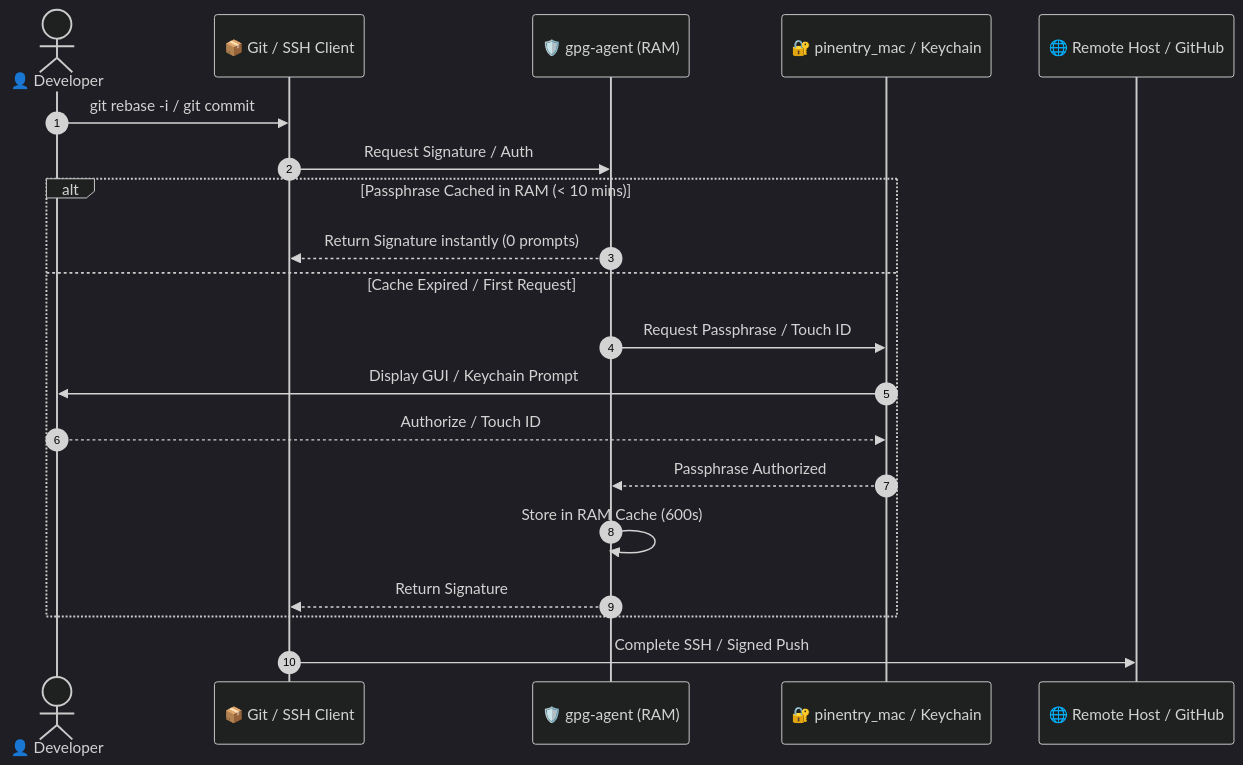
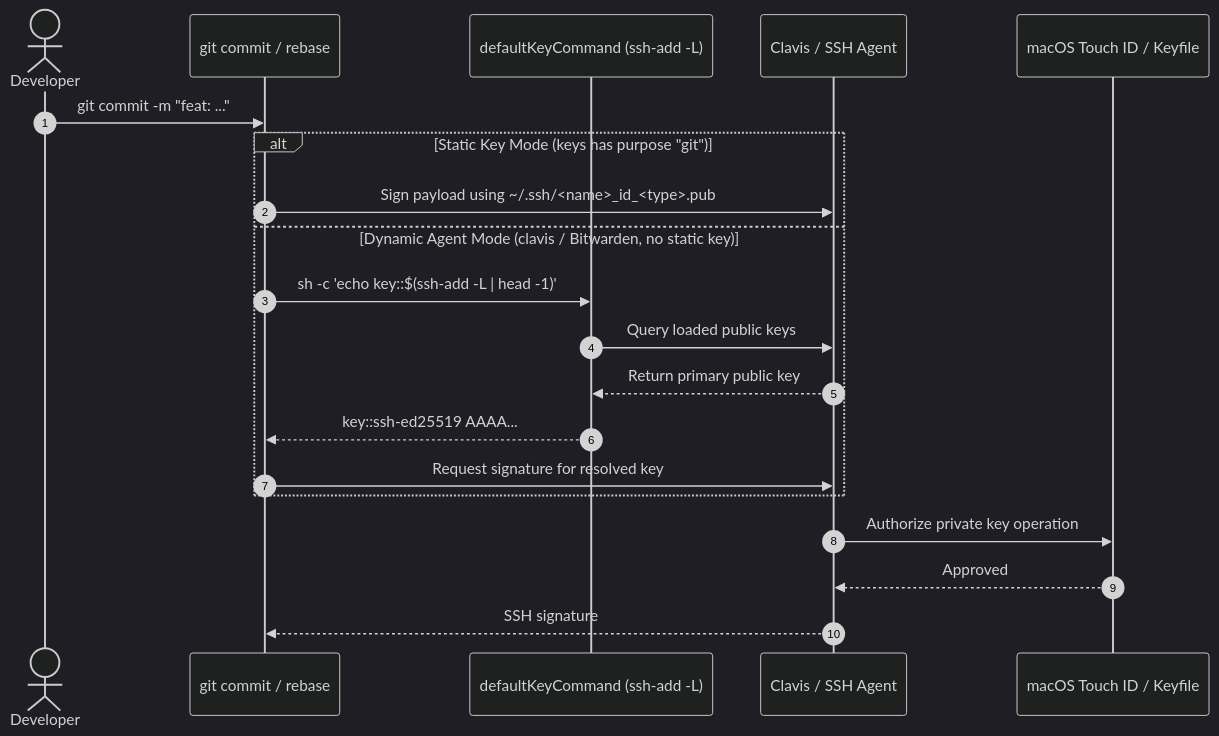
One commit to GDR/dot changed the second of 3 diagrams in docs/security-architecture.md. Above: the diagram before and after it, drawn with Mermaid (dark theme). The commit also changed other lines of this file and 1 other file, not shown here.

First line of the commit message:
docs(security): rewrite architecture and runbook for clavis, charon-key, and SSH signing

````diff
--- a/docs/security-architecture.md
+++ b/docs/security-architecture.md
@@ -71,23 +90,23 @@
 ```mermaid
 sequenceDiagram
     autonumber
-    actor User as 👤 Developer
-    participant Git as 📦 Git / SSH Client
-    participant Agent as 🛡️ gpg-agent (RAM)
-    participant Pinentry as 🔐 pinentry_mac / Keychain
-    participant Remote as 🌐 Remote Host / GitHub
+    actor Dev as Developer
+    participant Git as git commit / rebase
+    participant KeyCmd as defaultKeyCommand (ssh-add -L)
+    participant Agent as Clavis / SSH Agent
+    participant TouchID as macOS Touch ID / Keyfile
 
-    User->>Git: git rebase -i / git commit
-    Git->>Agent: Request Signature / Auth
-    alt Passphrase Cached in RAM (< 10 mins)
-        Agent-->>Git: Return Signature instantly (0 prompts)
-    else Cache Expired / First Request
-        Agent->>Pinentry: Request Passphrase / Touch ID
-        Pinentry->>User: Display GUI / Keychain Prompt
-        User-->>Pinentry: Authorize / Touch ID
-        Pinentry-->>Agent: Passphrase Authorized
-        Agent->>Agent: Store in RAM Cache (600s)
-        Agent-->>Git: Return Signature
+    Dev->>Git: git commit -m "feat: ..."
+    alt Static Key Mode (keys has purpose "git")
+        Git->>Agent: Sign payload using ~/.ssh/<name>_id_<type>.pub
+    else Dynamic Agent Mode (clavis / Bitwarden, no static key)
+        Git->>KeyCmd: sh -c 'echo key::$(ssh-add -L | head -1)'
+        KeyCmd->>Agent: Query loaded public keys
+        Agent-->>KeyCmd: Return primary public key
+        KeyCmd-->>Git: key::ssh-ed25519 AAAA...
+        Git->>Agent: Request signature for resolved key
     end
-    Git->>Remote: Complete SSH / Signed Push
+    Agent->>TouchID: Authorize private key operation
+    TouchID-->>Agent: Approved
+    Agent-->>Git: SSH signature
 ```
````
